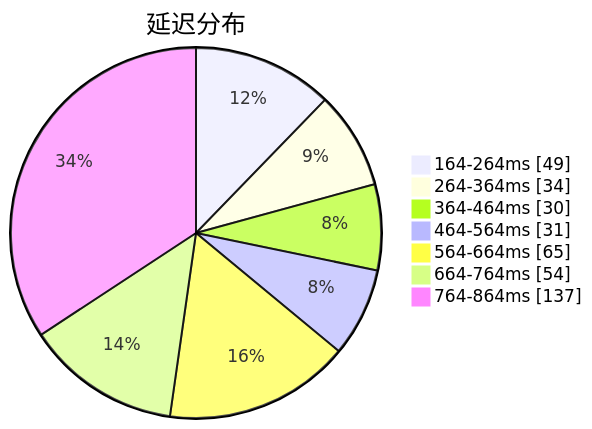
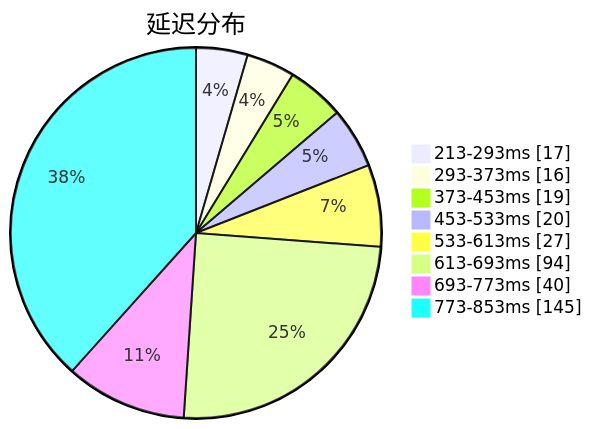
One commit to qjlxg/airport changed the first of 3 diagrams in subs/statistics/tested_within.md. Above: the diagram before and after it, drawn with Mermaid. The commit also changed other lines of this file and 2 other files, not shown here.

Commit message:
Tested by metaST

````diff
--- a/subs/statistics/tested_within.md
+++ b/subs/statistics/tested_within.md
@@ -2,11 +2,12 @@
 ```mermaid
 pie showData
 title 延迟分布
-"164-264ms" : 49
-"264-364ms" : 34
-"364-464ms" : 30
-"464-564ms" : 31
-"564-664ms" : 65
-"664-764ms" : 54
-"764-864ms" : 137
+"213-293ms" : 17
+"293-373ms" : 16
+"373-453ms" : 19
+"453-533ms" : 20
+"533-613ms" : 27
+"613-693ms" : 94
+"693-773ms" : 40
+"773-853ms" : 145
 ```
````
